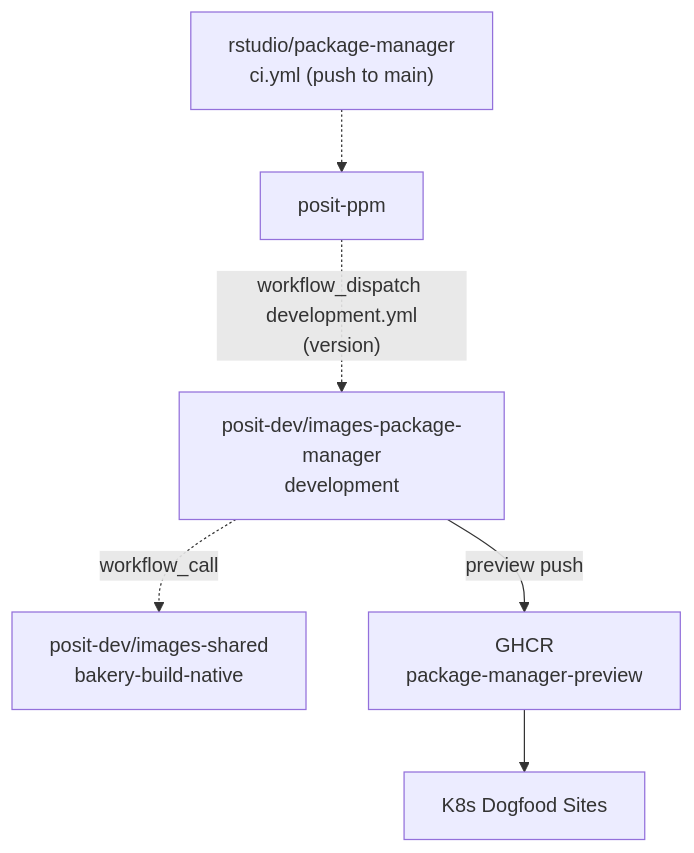
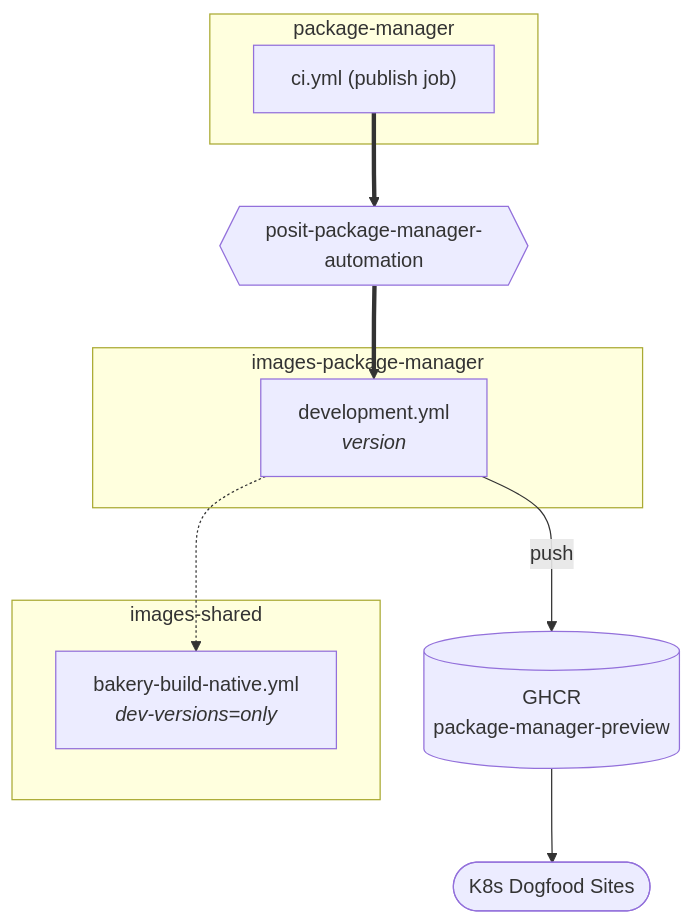
One commit to posit-dev/images-shared changed the ninth of 9 diagrams in posit-bakery/docs/cross-repo-workflows.qmd. Above: the diagram before and after it, drawn with Mermaid. The commit also changed other lines of this file and 1 other file, not shown here.

First line of the commit message:
Update cross-repo workflow diagrams

````diff
--- a/posit-bakery/docs/cross-repo-workflows.qmd
+++ b/posit-bakery/docs/cross-repo-workflows.qmd
@@ -334,23 +364,27 @@
 ```{mermaid}
 %%| fig-cap: "Package Manager Development Flow"
 graph TD
-    PROD["rstudio/package-manager<br/>ci.yml (push to main)"]
-    BOT["posit-ppm"]
+    subgraph package-manager
+        CI["ci.yml (publish job)"]
+    end
 
-    PROD -.-> BOT
-    BOT -.->|"workflow_dispatch development.yml<br/>(version)"| IMG_DEV
+    CI ==> APP{{"posit-package-manager-automation"}}
+    APP ==> DEV
 
-    SHARED["posit-dev/images-shared<br/>bakery-build-native"]
+    subgraph images-package-manager
+        DEV["development.yml<br/><i>version</i>"]
+    end
 
-    IMG_DEV["posit-dev/images-package-manager<br/>development"]
+    DEV -.-> SHARED
 
-    IMG_DEV -.->|workflow_call| SHARED
+    subgraph images-shared
+        SHARED["bakery-build-native.yml<br/><i>dev-versions=only</i>"]
+    end
 
-    IMG_DEV -->|preview push| GHCR
+    DEV -->|push| GHCR[("GHCR<br/>package-manager-preview")]
+    GHCR --> K8S(["K8s Dogfood Sites"])
 
-    GHCR["GHCR<br/>package-manager-preview"]
-
-    GHCR --> K8S
-
-    K8S["K8s Dogfood Sites"]
+    click CI "https://github.com/rstudio/package-manager/blob/main/.github/workflows/ci.yml" _blank
+    click DEV "https://github.com/posit-dev/images-package-manager/blob/main/.github/workflows/development.yml" _blank
+    click SHARED "https://github.com/posit-dev/images-shared/blob/main/.github/workflows/bakery-build-native.yml" _blank
 ```
````
